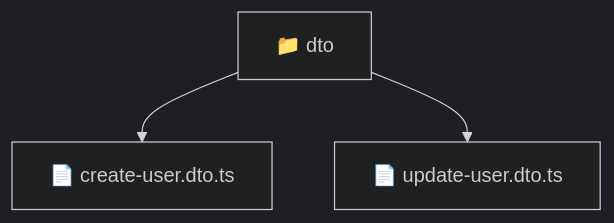
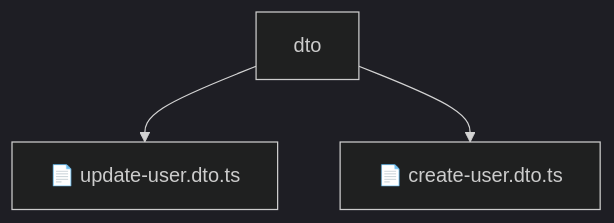
The diagram in backend/src/modules/user/presentation/dto/README.md (beginwebdev2002/fullstack-mavluda), drawn with Mermaid (dark theme) before and after one commit. The commit also changed other lines of this file and 155 other files, not shown here.

````diff
--- a/backend/src/modules/user/presentation/dto/README.md
+++ b/backend/src/modules/user/presentation/dto/README.md
@@ -10,6 +14,6 @@
 ```mermaid
 graph TD
-  Root["📁 dto"]
-  Root --> createuserdtots["📄 create-user.dto.ts"]
-  Root --> updateuserdtots["📄 update-user.dto.ts"]
+    Root[dto]
+    Root --> F0[📄 update-user.dto.ts]
+    Root --> F1[📄 create-user.dto.ts]
 ```
````
